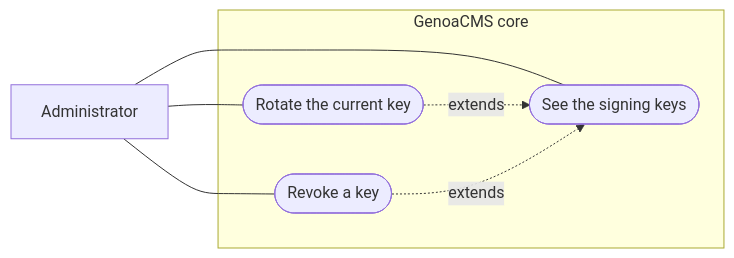
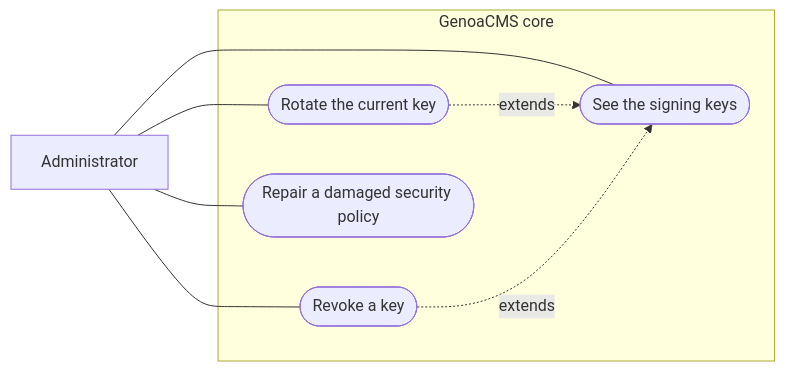
One commit to GenoaCMS/genoacms changed the second of 6 diagrams in docs/architecture/signing.md. Above: the diagram before and after it, drawn with Mermaid. The commit also changed other lines of this file and 5 other files, not shown here.

````diff
--- a/docs/architecture/signing.md
+++ b/docs/architecture/signing.md
@@ -50,12 +50,13 @@
 ```mermaid
 flowchart LR
   admin[Administrator]
   subgraph core [GenoaCMS core]
     YJ1([See the signing keys])
     YJ2([Rotate the current key])
     YJ3([Revoke a key])
+    YJ4([Repair a damaged security policy])
   end
-  admin --- YJ1 & YJ2 & YJ3
+  admin --- YJ1 & YJ2 & YJ3 & YJ4
   YJ2 -. extends .-> YJ1
   YJ3 -. extends .-> YJ1
 ```
````
